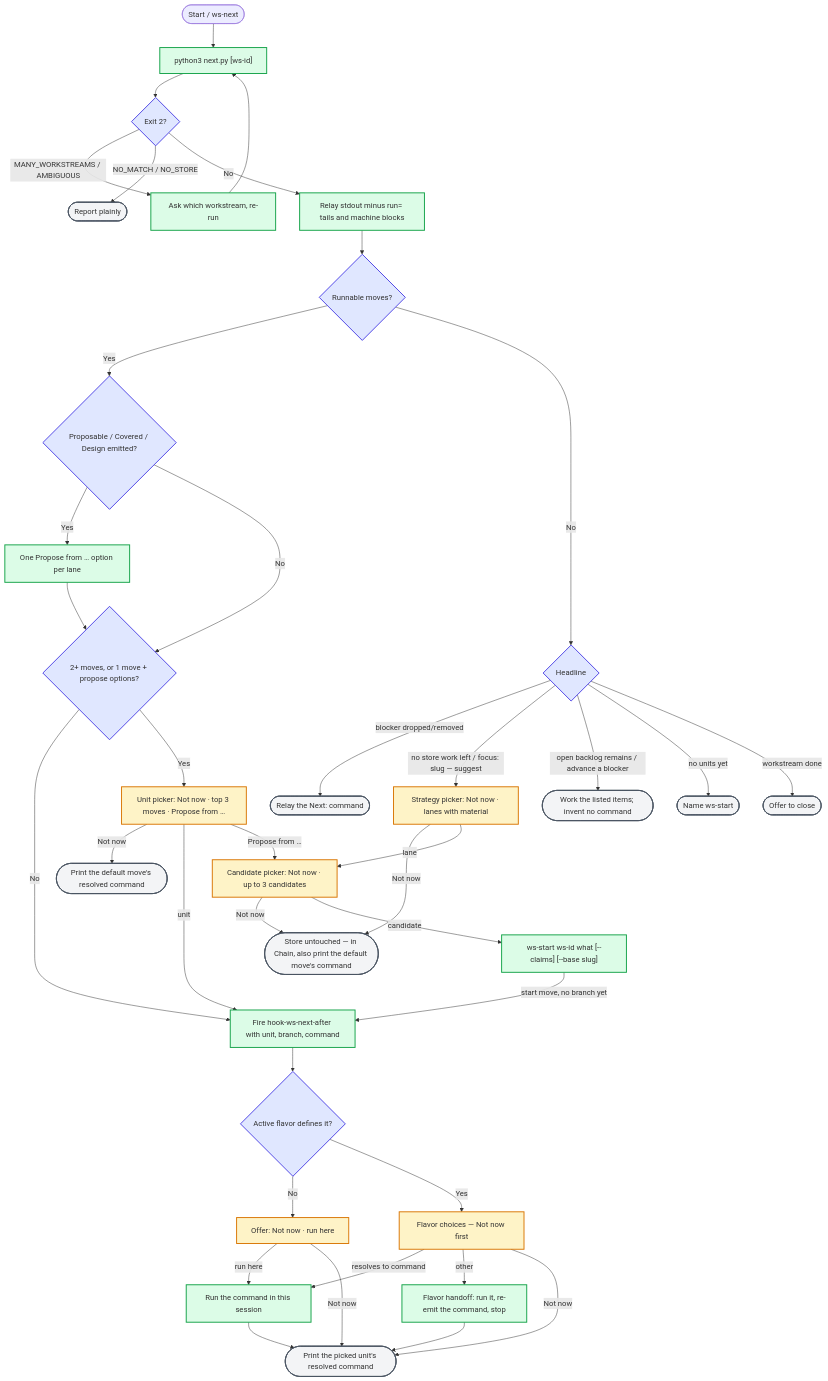
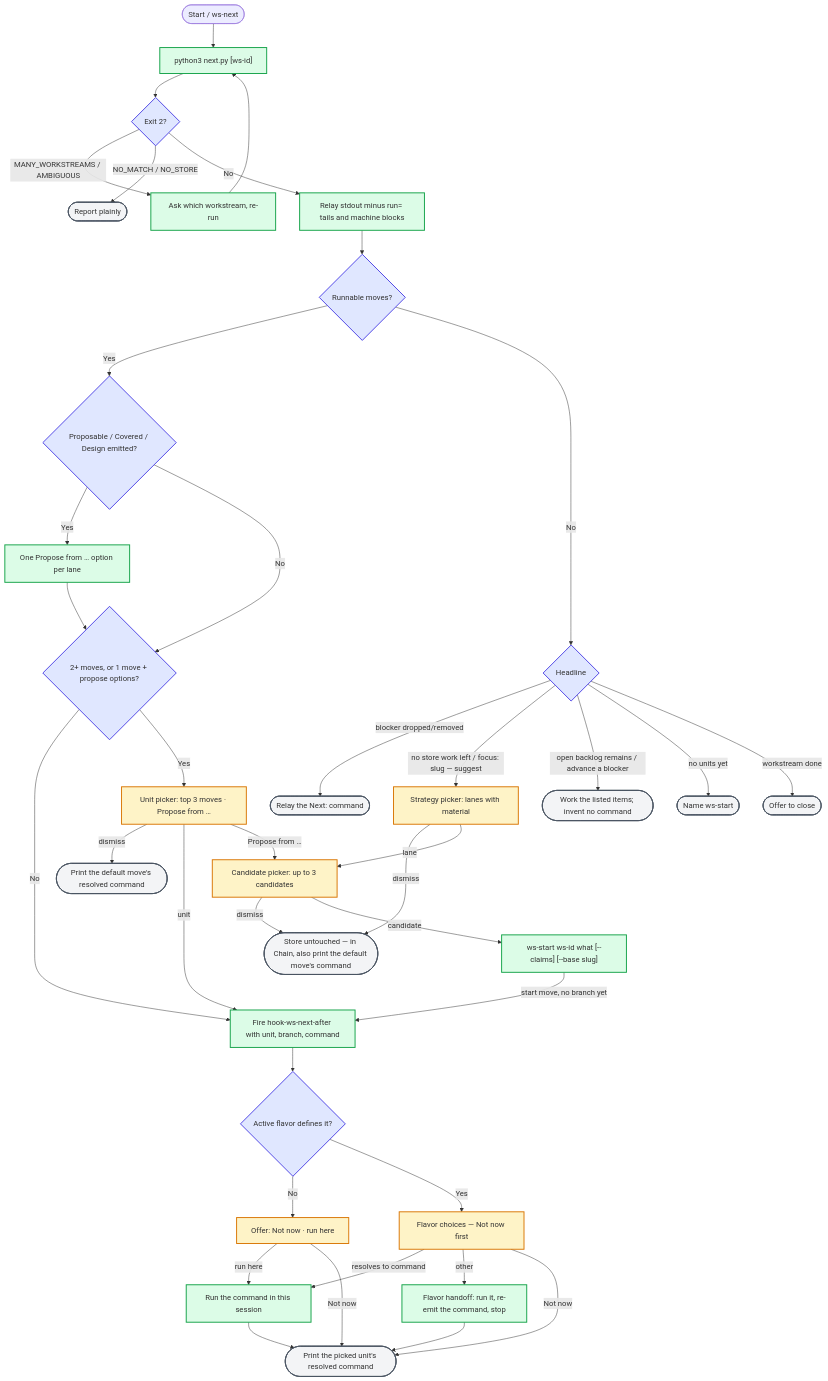
Before and after one commit to caioariede/claude-plugins: the diagram in plugins/workstreams/skills/ws/references/flows/diagrams/next.mmd, drawn with Mermaid. The commit also changed 6 other files, not shown here.

Commit message:
feat(workstreams): drop Not now from ws-next pickers, hook is the gate (0.39.0)

```diff
--- a/plugins/workstreams/skills/ws/references/flows/diagrams/next.mmd
+++ b/plugins/workstreams/skills/ws/references/flows/diagrams/next.mmd
@@ -1,57 +1,58 @@
 flowchart TD
     %% ws-next — run, relay, settle a unit, chain
 
     start([Start / ws-next]) --> run["python3 next.py [ws-id]"]
     run --> exit2{Exit 2?}
     exit2 -- "MANY_WORKSTREAMS / AMBIGUOUS" --> ask_ws[Ask which workstream, re-run]
     ask_ws --> run
     exit2 -- "NO_MATCH / NO_STORE" --> report([Report plainly])
     exit2 -- No --> relay[Relay stdout minus run= tails and machine blocks]
     relay --> has_moves{Runnable moves?}
 
     %% Moves are ranked in code — restack before advance, first is default
     has_moves -- Yes --> material{Proposable / Covered / Design emitted?}
     material -- Yes --> propose_opts[One Propose from … option per lane]
     material -- No --> settle
     propose_opts --> settle{2+ moves, or 1 move + propose options?}
     settle -- No --> hook
-    settle -- Yes --> unit_picker["Unit picker: Not now · top 3 moves · Propose from …"]
-    unit_picker -- Not now --> print_default([Print the default move's resolved command])
+    settle -- Yes --> unit_picker["Unit picker: top 3 moves · Propose from …"]
+    unit_picker -- dismiss --> print_default([Print the default move's resolved command])
     unit_picker -- unit --> hook
     unit_picker -- "Propose from …" --> candidate_picker
 
+    %% The hook is the only gate — its first choice is the safe one
     hook[Fire hook-ws-next-after with unit, branch, command] --> hook_defined{Active flavor defines it?}
     hook_defined -- No --> run_here["Offer: Not now · run here"]
     hook_defined -- Yes --> flavor_choices["Flavor choices — Not now first"]
     run_here -- run here --> run_cmd[Run the command in this session]
     run_here -- Not now --> print_picked
     flavor_choices -- resolves to command --> run_cmd
     flavor_choices -- other --> handoff["Flavor handoff: run it, re-emit the command, stop"]
     flavor_choices -- Not now --> print_picked
     run_cmd --> print_picked([Print the picked unit's resolved command])
     handoff --> print_picked
 
     %% No moves — the headline names the state
     has_moves -- No --> headline{Headline}
     headline -- "blocker dropped/removed" --> triage_drop(["Relay the Next: command"])
-    headline -- "no store work left / focus: slug — suggest" --> strategy_picker["Strategy picker: Not now · lanes with material"]
+    headline -- "no store work left / focus: slug — suggest" --> strategy_picker["Strategy picker: lanes with material"]
     headline -- "open backlog remains / advance a blocker" --> backlog(["Work the listed items; invent no command"])
     headline -- "no units yet" --> empty([Name ws-start])
     headline -- "workstream done" --> done([Offer to close])
 
     %% Propose a unit — nothing is written until ws-start runs
-    strategy_picker -- Not now --> untouched(["Store untouched — in Chain, also print the default move's command"])
-    strategy_picker -- lane --> candidate_picker["Candidate picker: Not now · up to 3 candidates"]
-    candidate_picker -- Not now --> untouched
+    strategy_picker -- dismiss --> untouched(["Store untouched — in Chain, also print the default move's command"])
+    strategy_picker -- lane --> candidate_picker["Candidate picker: up to 3 candidates"]
+    candidate_picker -- dismiss --> untouched
     candidate_picker -- candidate --> ws_start["ws-start ws-id what [--claims] [--base slug]"]
     ws_start -- "start move, no branch yet" --> hook
 
     classDef terminal fill:#f3f4f6,stroke:#4b5563,stroke-width:2px;
     classDef condition fill:#e0e7ff,stroke:#4f46e5,stroke-width:2px;
     classDef action fill:#dcfce7,stroke:#16a34a,stroke-width:2px;
     classDef picker fill:#fef3c7,stroke:#d97706,stroke-width:2px;
 
     class report,print_default,print_picked,triage_drop,backlog,empty,done,untouched terminal;
     class exit2,has_moves,material,settle,hook_defined,headline condition;
     class run,ask_ws,relay,propose_opts,hook,run_cmd,handoff,ws_start action;
     class unit_picker,run_here,flavor_choices,strategy_picker,candidate_picker picker;
```
